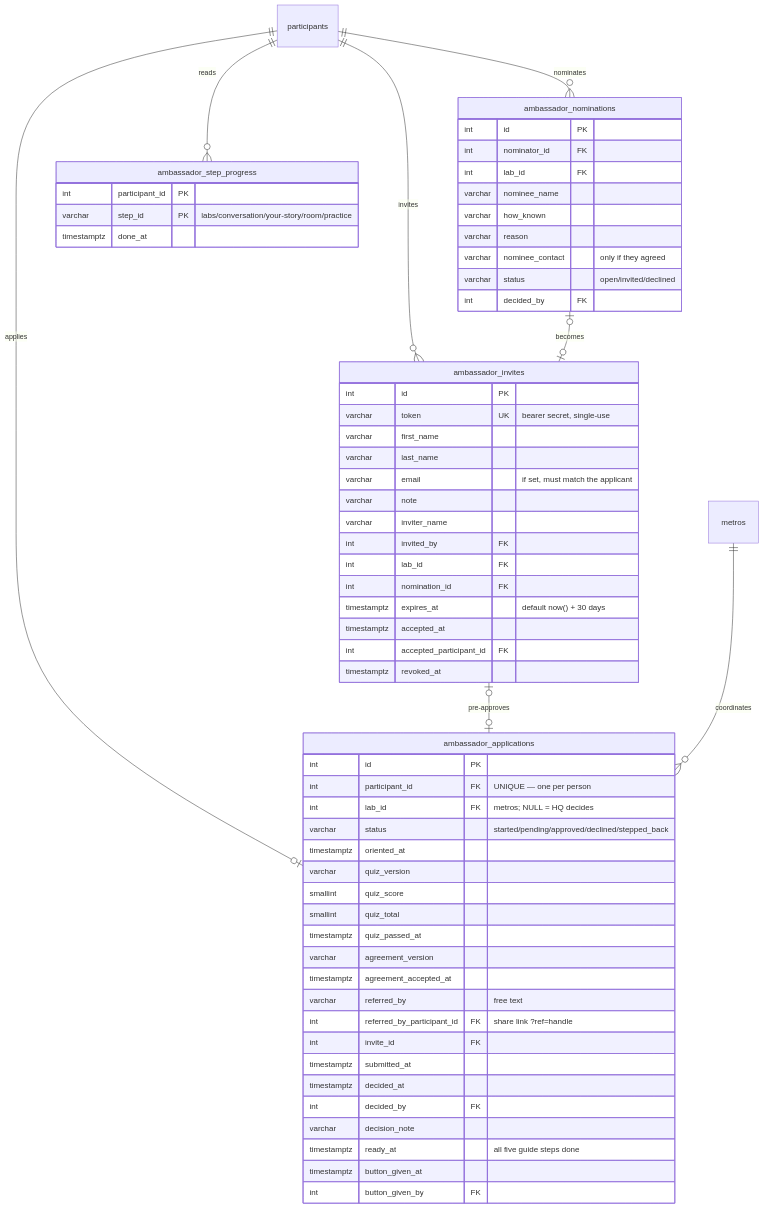
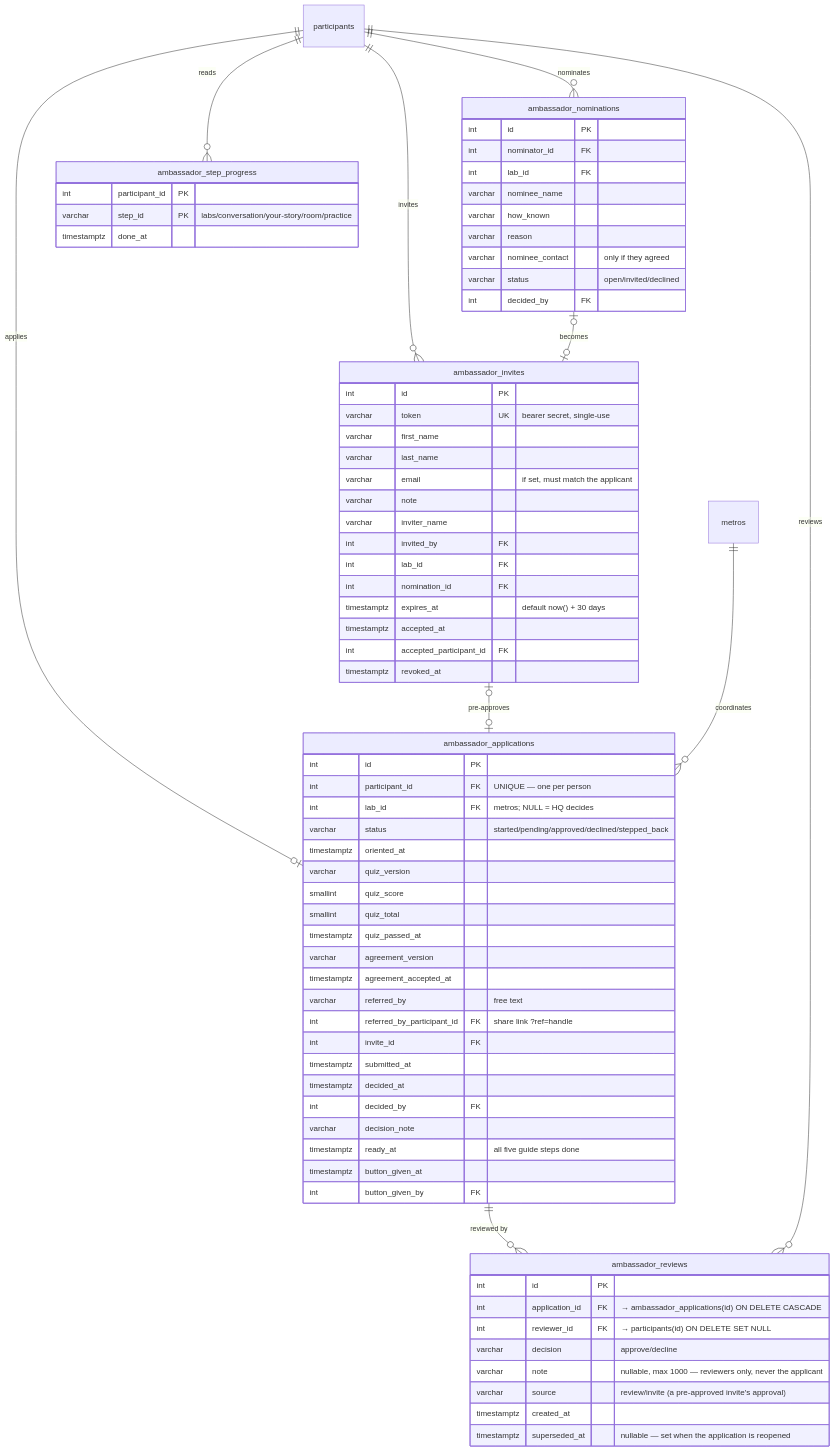
One commit to TheUpskillingLabs/OLOS changed the seventh of 10 diagrams in SCHEMA.md. Above: the diagram before and after it, drawn with Mermaid. The commit also changed other lines of this file and 26 other files, not shown here.

First line of the commit message:
feat(ambassador): launch banner and two-reviewer applications

````diff
--- a/SCHEMA.md
+++ b/SCHEMA.md
@@ -528,66 +528,79 @@
 ```mermaid
 erDiagram
     ambassador_applications {
         int id PK
         int participant_id FK "UNIQUE — one per person"
         int lab_id FK "metros; NULL = HQ decides"
         varchar status "started/pending/approved/declined/stepped_back"
         timestamptz oriented_at
         varchar quiz_version
         smallint quiz_score
         smallint quiz_total
         timestamptz quiz_passed_at
         varchar agreement_version
         timestamptz agreement_accepted_at
         varchar referred_by "free text"
         int referred_by_participant_id FK "share link ?ref=handle"
         int invite_id FK
         timestamptz submitted_at
         timestamptz decided_at
         int decided_by FK
         varchar decision_note
         timestamptz ready_at "all five guide steps done"
         timestamptz button_given_at
         int button_given_by FK
     }
     ambassador_invites {
         int id PK
         varchar token UK "bearer secret, single-use"
         varchar first_name
         varchar last_name
         varchar email "if set, must match the applicant"
         varchar note
         varchar inviter_name
         int invited_by FK
         int lab_id FK
         int nomination_id FK
         timestamptz expires_at "default now() + 30 days"
         timestamptz accepted_at
         int accepted_participant_id FK
         timestamptz revoked_at
     }
     ambassador_nominations {
         int id PK
         int nominator_id FK
         int lab_id FK
         varchar nominee_name
         varchar how_known
         varchar reason
         varchar nominee_contact "only if they agreed"
         varchar status "open/invited/declined"
         int decided_by FK
     }
     ambassador_step_progress {
         int participant_id PK
         varchar step_id PK "labs/conversation/your-story/room/practice"
         timestamptz done_at
     }
 
     participants ||--o| ambassador_applications : "applies"
     participants ||--o{ ambassador_invites : "invites"
     ambassador_invites |o--o| ambassador_applications : "pre-approves"
     participants ||--o{ ambassador_nominations : "nominates"
     ambassador_nominations |o--o| ambassador_invites : "becomes"
     participants ||--o{ ambassador_step_progress : "reads"
     metros ||--o{ ambassador_applications : "coordinates"
+    ambassador_applications ||--o{ ambassador_reviews : "reviewed by"
+    participants ||--o{ ambassador_reviews : "reviews"
+
+    ambassador_reviews {
+        int id PK
+        int application_id FK "→ ambassador_applications(id) ON DELETE CASCADE"
+        int reviewer_id FK "→ participants(id) ON DELETE SET NULL"
+        varchar decision "approve/decline"
+        varchar note "nullable, max 1000 — reviewers only, never the applicant"
+        varchar source "review/invite (a pre-approved invite's approval)"
+        timestamptz created_at
+        timestamptz superseded_at "nullable — set when the application is reopened"
+    }
 ```
````
